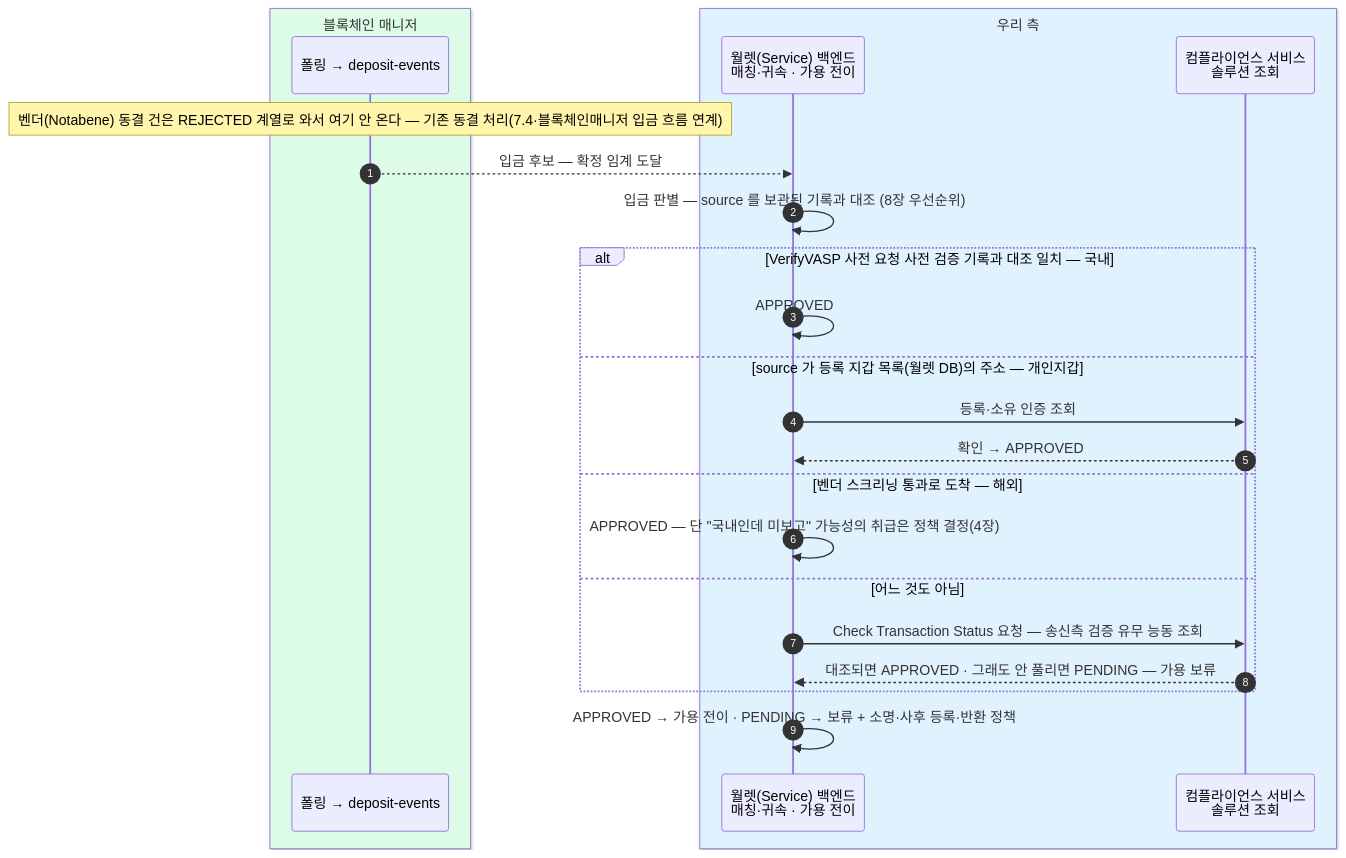
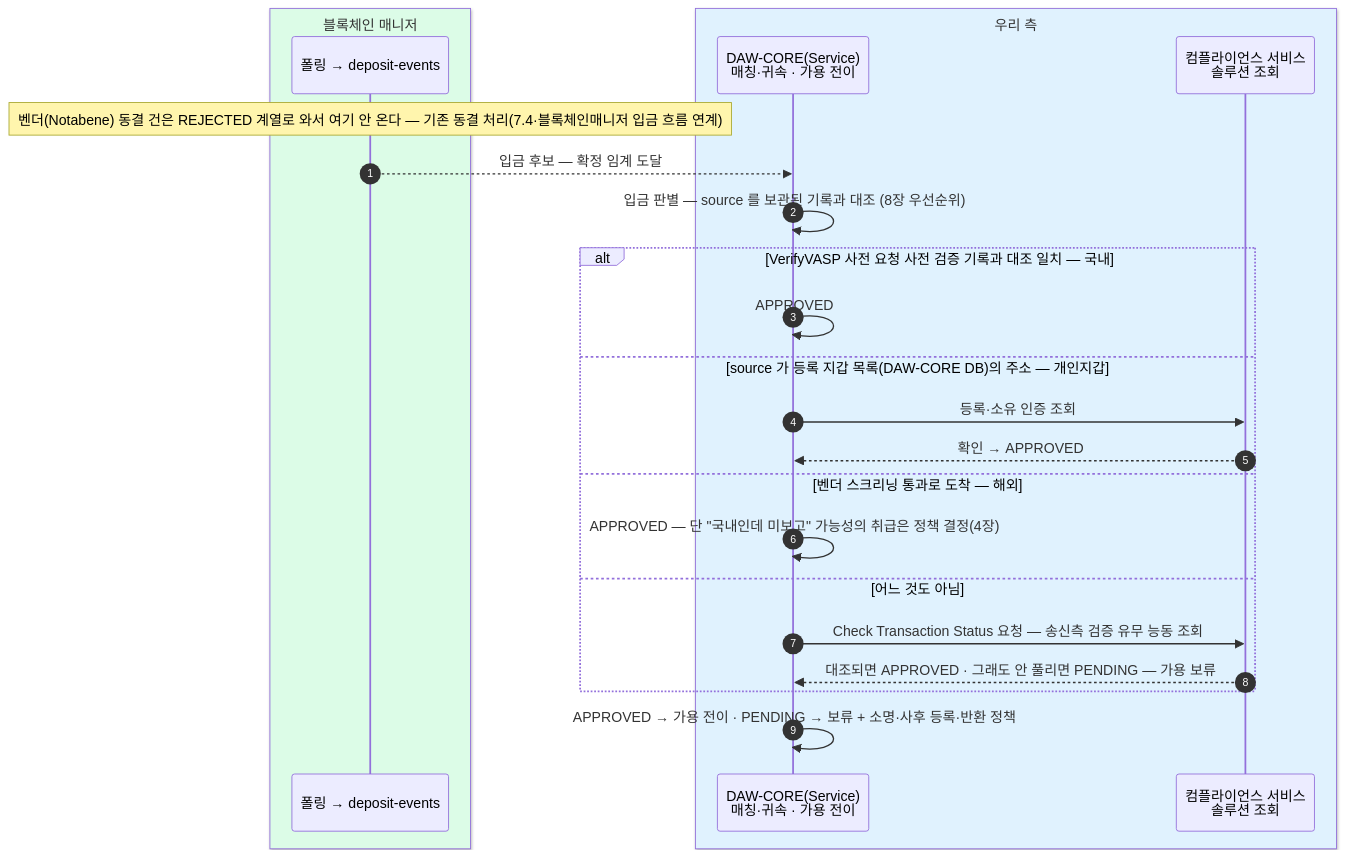
One commit to eunsujeo/eunpus changed the fifth of 11 diagrams in blockchain-manager/docs/트래블룰/설계/07-scenarios.md. Above: the diagram before and after it, drawn with Mermaid. The commit also changed other lines of this file and 25 other files, not shown here.

First line of the commit message:
컴플라이언스·온보딩 정리 — 코어 명칭 DAW-CORE 통일 + 출금 확인 비동기 통일 + 다이어그램 보강

````diff
--- a/blockchain-manager/docs/트래블룰/설계/07-scenarios.md
+++ b/blockchain-manager/docs/트래블룰/설계/07-scenarios.md
@@ -224,27 +224,27 @@
 ```mermaid
 sequenceDiagram
     autonumber
     box rgb(220,252,231) 블록체인 매니저
     participant BM as 폴링 → deposit-events
     end
     box rgb(224,242,254) 우리 측
-    participant BE as 월렛(Service) 백엔드<br/>매칭·귀속 · 가용 전이
+    participant BE as DAW-CORE(Service)<br/>매칭·귀속 · 가용 전이
     participant GT as 컴플라이언스 서비스<br/>솔루션 조회
     end
 
     Note over BM: 벤더(Notabene) 동결 건은 REJECTED 계열로 와서 여기 안 온다 — 기존 동결 처리(7.4·블록체인매니저 입금 흐름 연계)
     BM-->>BE: 입금 후보 — 확정 임계 도달
     BE->>BE: 입금 판별 — source 를 보관된 기록과 대조 (8장 우선순위)
     alt VerifyVASP 사전 요청 사전 검증 기록과 대조 일치 — 국내
         BE->>BE: APPROVED
-    else source 가 등록 지갑 목록(월렛 DB)의 주소 — 개인지갑
+    else source 가 등록 지갑 목록(DAW-CORE DB)의 주소 — 개인지갑
         BE->>GT: 등록·소유 인증 조회
         GT-->>BE: 확인 → APPROVED
     else 벤더 스크리닝 통과로 도착 — 해외
         BE->>BE: APPROVED — 단 "국내인데 미보고" 가능성의 취급은 정책 결정(4장)
     else 어느 것도 아님
         BE->>GT: Check Transaction Status 요청 — 송신측 검증 유무 능동 조회
         GT-->>BE: 대조되면 APPROVED · 그래도 안 풀리면 PENDING — 가용 보류
     end
     BE->>BE: APPROVED → 가용 전이 · PENDING → 보류 + 소명·사후 등록·반환 정책
 ```
````
